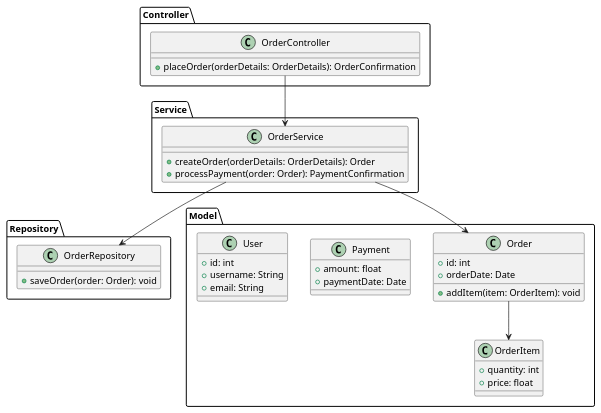
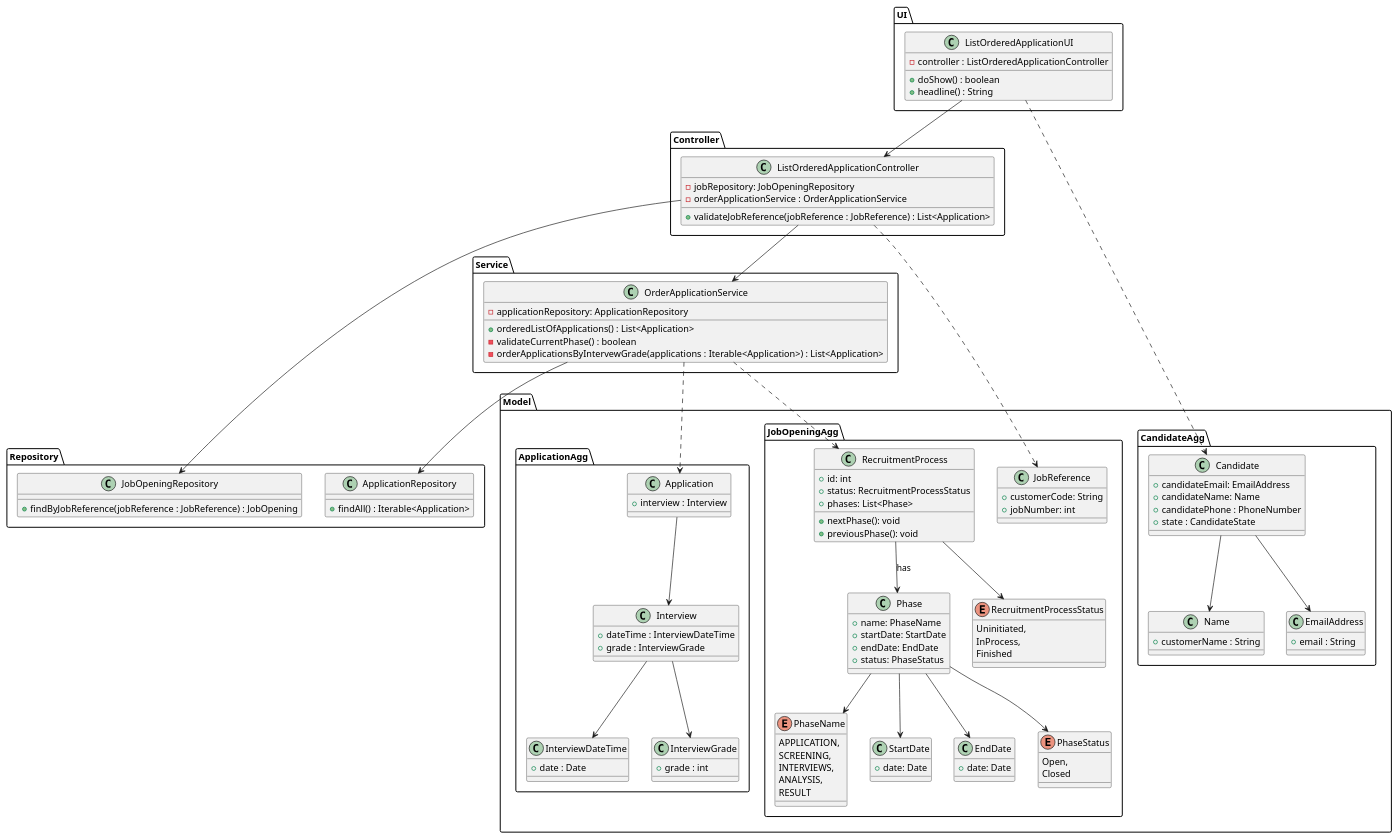
One commit to Mendoncaa/LAPR4 changed the diagram in docs/sprintC/US1019/03.design/puml/CD.puml. Above: the diagram before and after it, drawn with PlantUML.

Commit message:
#45 CD development

```diff
--- a/docs/sprintC/US1019/03.design/puml/CD.puml
+++ b/docs/sprintC/US1019/03.design/puml/CD.puml
@@ -1,49 +1,146 @@
 @startuml ClassDiagram
+
+package UI{
+    class ListOrderedApplicationUI{
+        - controller : ListOrderedApplicationController
+        + doShow() : boolean
+        + headline() : String
+    }
+}
 package Controller {
-    class OrderController {
-        +placeOrder(orderDetails: OrderDetails): OrderConfirmation
+    class ListOrderedApplicationController {
+        - jobRepository: JobOpeningRepository
+        - orderApplicationService : OrderApplicationService
+        + validateJobReference(jobReference : JobReference) : List<Application>
     }
 }
 
 package Service {
-    class OrderService {
-        +createOrder(orderDetails: OrderDetails): Order
-        +processPayment(order: Order): PaymentConfirmation
+    class OrderApplicationService {
+        - applicationRepository: ApplicationRepository
+        + orderedListOfApplications() : List<Application>
+        - validateCurrentPhase() : boolean
+        - orderApplicationsByIntervewGrade(applications : Iterable<Application>) : List<Application>
     }
 }
 
 package Repository {
-    class OrderRepository {
-        +saveOrder(order: Order): void
+    class JobOpeningRepository {
+        + findByJobReference(jobReference : JobReference) : JobOpening
+    }
+    class ApplicationRepository {
+        + findAll() : Iterable<Application>
     }
 }
 
 package Model {
-    class Order {
-        +id: int
-        +orderDate: Date
-        +addItem(item: OrderItem): void
+
+    package CandidateAgg {
+
+        class Candidate {
+            + candidateEmail: EmailAddress
+            + candidateName: Name
+            + candidatePhone : PhoneNumber
+            + state : CandidateState
+        }
+
+        class Name {
+            + customerName : String
+        }
+        class EmailAddress {
+            + email : String
+        }
     }
 
-    class OrderItem {
-        +quantity: int
-        +price: float
+    package JobOpeningAgg {
+
+        class JobReference {
+            + customerCode: String
+            + jobNumber: int
+        }
+
+        class RecruitmentProcess {
+            +id: int
+            +status: RecruitmentProcessStatus
+            +phases: List<Phase>
+            + nextPhase(): void
+            + previousPhase(): void
+        }
+
+        class Phase {
+            +name: PhaseName
+            +startDate: StartDate
+            +endDate: EndDate
+            +status: PhaseStatus
+        }
+
+        enum PhaseName {
+            APPLICATION,
+            SCREENING,
+            INTERVIEWS,
+            ANALYSIS,
+            RESULT
+        }
+
+        class StartDate {
+            +date: Date
+        }
+
+        class EndDate {
+            +date: Date
+        }
+
+        enum PhaseStatus {
+            Open,
+            Closed
+        }
+
+        enum RecruitmentProcessStatus {
+            Uninitiated,
+            InProcess,
+            Finished
+        }
     }
 
-    class Payment {
-        +amount: float
-        +paymentDate: Date
+    package ApplicationAgg {
+
+       class Application{
+            + interview : Interview
+       }
+
+       class Interview{
+          + dateTime : InterviewDateTime
+          + grade : InterviewGrade
+       }
+
+       class InterviewDateTime{
+          + date : Date
+       }
+
+       class InterviewGrade{
+          + grade : int
+       }
     }
 
-    class User {
-        +id: int
-        +username: String
-        +email: String
-    }
+    Candidate --> Name
+    Candidate --> EmailAddress
+    RecruitmentProcess --> Phase : "has"
+    Phase --> PhaseName
+    Phase --> StartDate
+    Phase --> EndDate
+    Phase --> PhaseStatus
+    RecruitmentProcess --> RecruitmentProcessStatus
+    Application --> Interview
+    Interview --> InterviewDateTime
+    Interview --> InterviewGrade
 }
-
-OrderController --> OrderService
-OrderService --> OrderRepository
-OrderService --> Order
-Order --> OrderItem
+ListOrderedApplicationUI --> ListOrderedApplicationController
+ListOrderedApplicationController --> OrderApplicationService
+OrderApplicationService --> ApplicationRepository
+OrderApplicationService ..> RecruitmentProcess
+ListOrderedApplicationUI ..> Candidate
+ListOrderedApplicationController ..> JobReference
+ListOrderedApplicationController --> JobOpeningRepository
+OrderApplicationService ..> Application
+}
 @enduml
```
